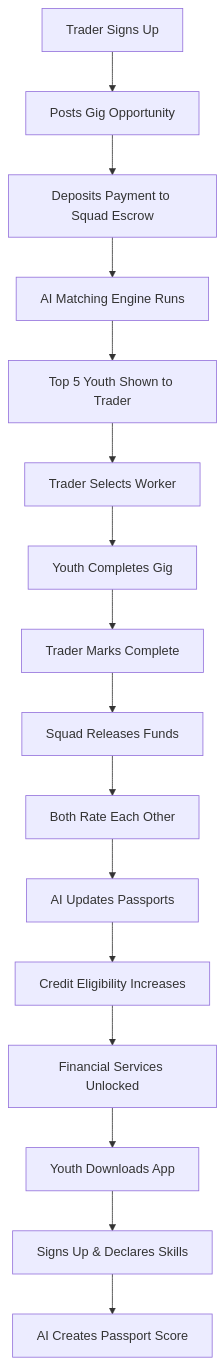
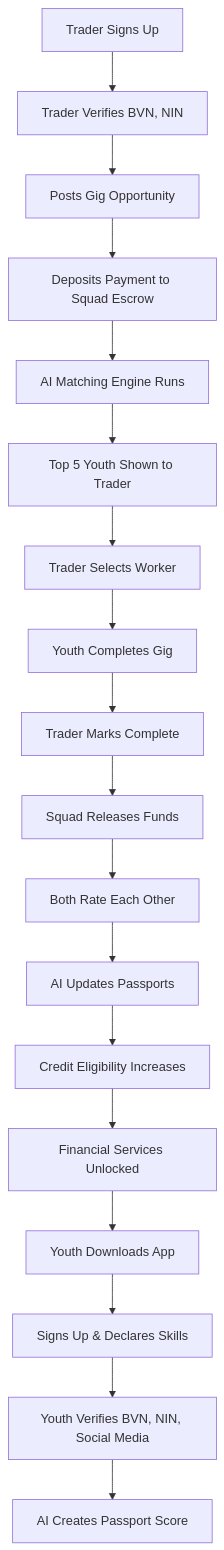
Before and after one commit to bnusmann22/PASS_GIG_idea: the diagram in README.md, drawn with Mermaid. The commit also changed 7 other files, not shown here.

````diff
--- a/README.md
+++ b/README.md
@@ -176,18 +176,20 @@
 ```mermaid
 graph TD
     A[Youth Downloads App] --> B[Signs Up & Declares Skills]
-    B --> C[AI Creates Passport Score]
-    D[Trader Signs Up] --> E[Posts Gig Opportunity]
+    B --> V[Youth Verifies BVN, NIN, Social Media]
+    V --> C[AI Creates Passport Score]
+    D[Trader Signs Up] --> T[Trader Verifies BVN, NIN]
+    T --> E[Posts Gig Opportunity]
     E --> F[Deposits Payment to Squad Escrow]
     F --> G[AI Matching Engine Runs]
     G --> H[Top 5 Youth Shown to Trader]
     H --> I[Trader Selects Worker]
     I --> J[Youth Completes Gig]
     J --> K[Trader Marks Complete]
     K --> L[Squad Releases Funds]
     L --> M[Both Rate Each Other]
     M --> N[AI Updates Passports]
     N --> O[Credit Eligibility Increases]
     O --> P[Financial Services Unlocked]
     P --> A
 ```
````
